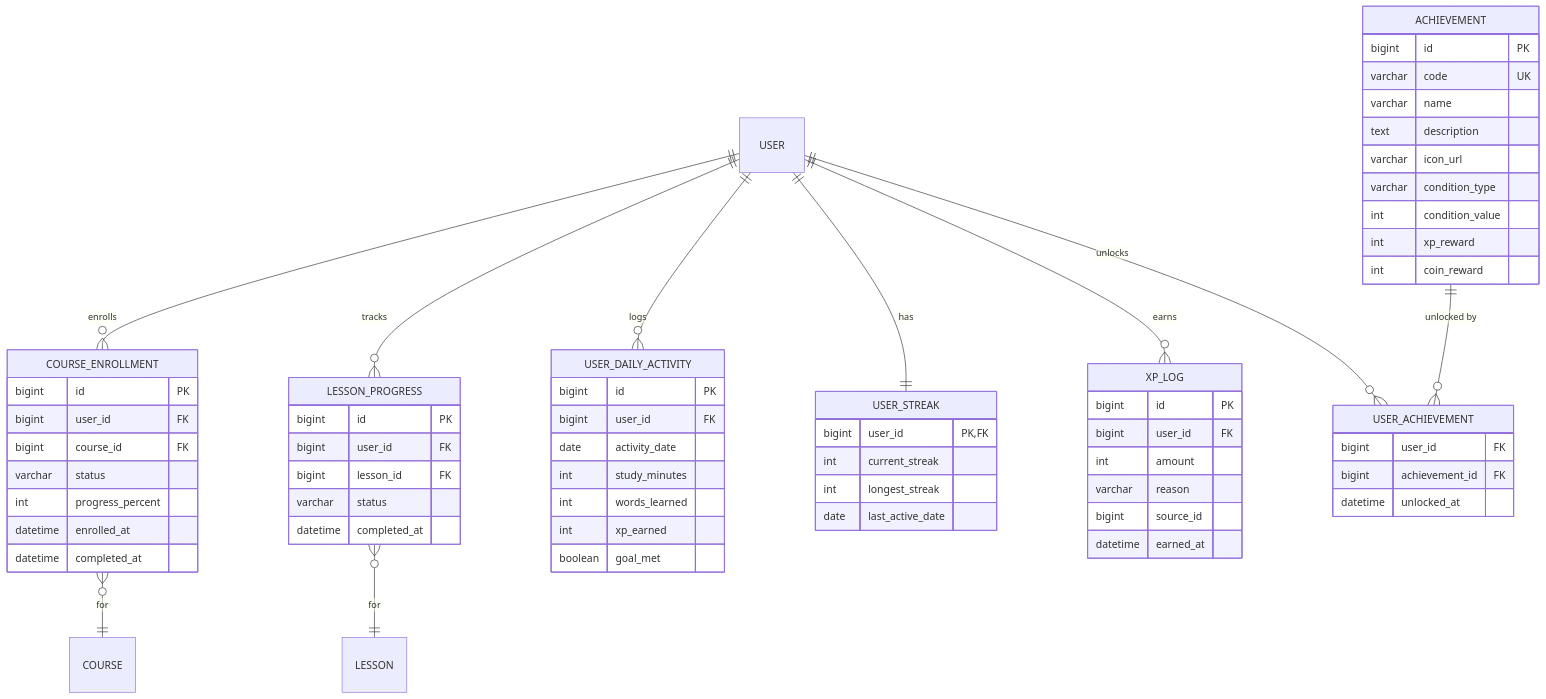
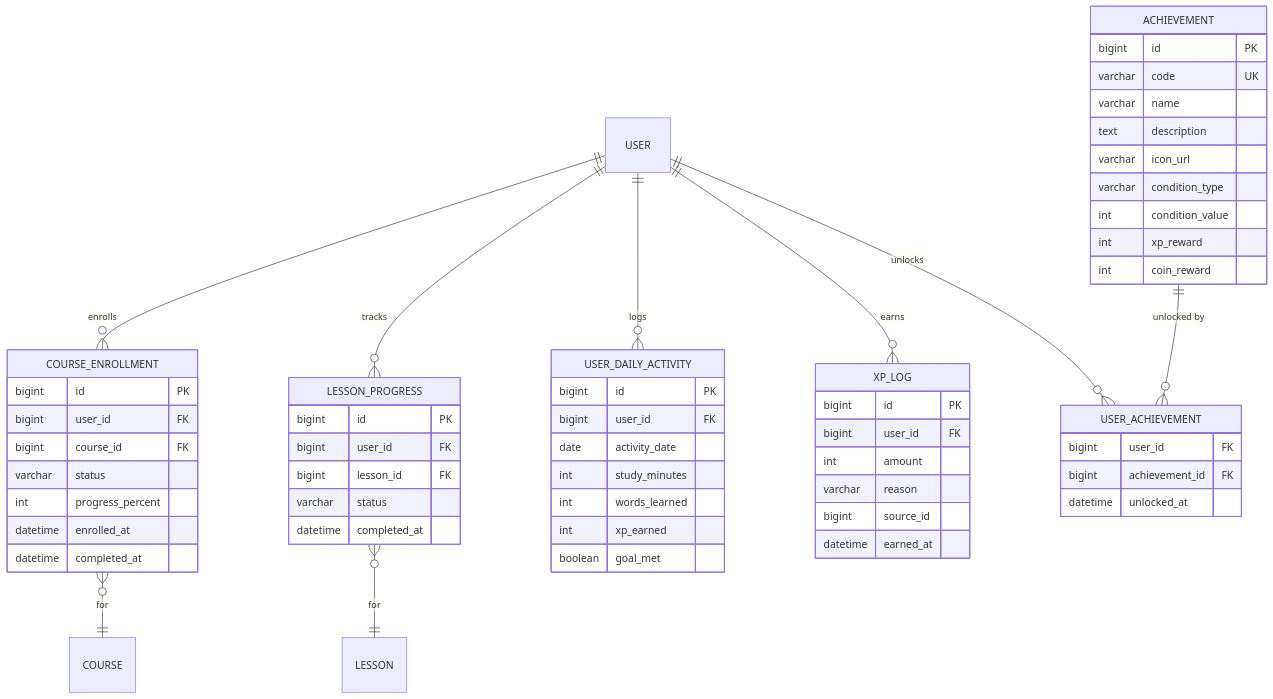
Before and after one commit to trantiendat12345/language-learning-docs: the fifth of 6 diagrams in docs/PROJECT_OVERVIEW.md, drawn with Mermaid. The commit also changed other lines of this file and 4 other files, not shown here.

````diff
--- a/docs/PROJECT_OVERVIEW.md
+++ b/docs/PROJECT_OVERVIEW.md
@@ -354,68 +359,61 @@
 ```mermaid
 erDiagram
     USER ||--o{ COURSE_ENROLLMENT : enrolls
     COURSE_ENROLLMENT }o--|| COURSE : "for"
     USER ||--o{ LESSON_PROGRESS : tracks
     LESSON_PROGRESS }o--|| LESSON : "for"
     USER ||--o{ USER_DAILY_ACTIVITY : logs
-    USER ||--|| USER_STREAK : has
     USER ||--o{ XP_LOG : earns
     USER ||--o{ USER_ACHIEVEMENT : unlocks
     ACHIEVEMENT ||--o{ USER_ACHIEVEMENT : "unlocked by"
 
     COURSE_ENROLLMENT {
         bigint id PK
         bigint user_id FK
         bigint course_id FK
         varchar status
         int progress_percent
         datetime enrolled_at
         datetime completed_at
     }
     LESSON_PROGRESS {
         bigint id PK
         bigint user_id FK
         bigint lesson_id FK
         varchar status
         datetime completed_at
     }
     USER_DAILY_ACTIVITY {
         bigint id PK
         bigint user_id FK
         date activity_date
         int study_minutes
         int words_learned
         int xp_earned
         boolean goal_met
     }
-    USER_STREAK {
-        bigint user_id PK, FK
-        int current_streak
-        int longest_streak
-        date last_active_date
-    }
     XP_LOG {
         bigint id PK
         bigint user_id FK
         int amount
         varchar reason
         bigint source_id
         datetime earned_at
     }
     ACHIEVEMENT {
         bigint id PK
         varchar code UK
         varchar name
         text description
         varchar icon_url
         varchar condition_type
         int condition_value
         int xp_reward
         int coin_reward
     }
     USER_ACHIEVEMENT {
         bigint user_id FK
         bigint achievement_id FK
         datetime unlocked_at
     }
 ```
````
